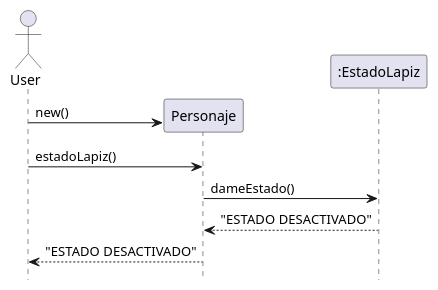
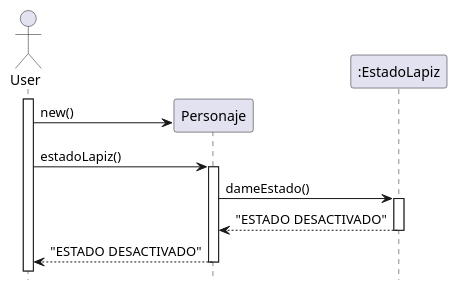
Before and after one commit to Lescalante14/Tp2-Algoritmos3-AlgoBlocks: the diagram in src/main/diagramas/SD_lapiz_desactivado.puml, drawn with PlantUML. The commit also changed 1 other file, not shown here.

Commit message:
Diagramas de secuencia

```diff
--- a/src/main/diagramas/SD_lapiz_desactivado.puml
+++ b/src/main/diagramas/SD_lapiz_desactivado.puml
@@ -1,15 +1,16 @@
 @startuml
 
 hide footbox
 actor User
-
+activate User
 create Personaje
 User -> Personaje: new()
 User -> Personaje: estadoLapiz()
-
+activate Personaje
 Personaje -> ":EstadoLapiz": dameEstado()
-
+activate ":EstadoLapiz"
 ":EstadoLapiz" --> Personaje: "ESTADO DESACTIVADO"
+deactivate ":EstadoLapiz"
 Personaje --> User: "ESTADO DESACTIVADO"
-
+deactivate Personaje
 @enduml
```
